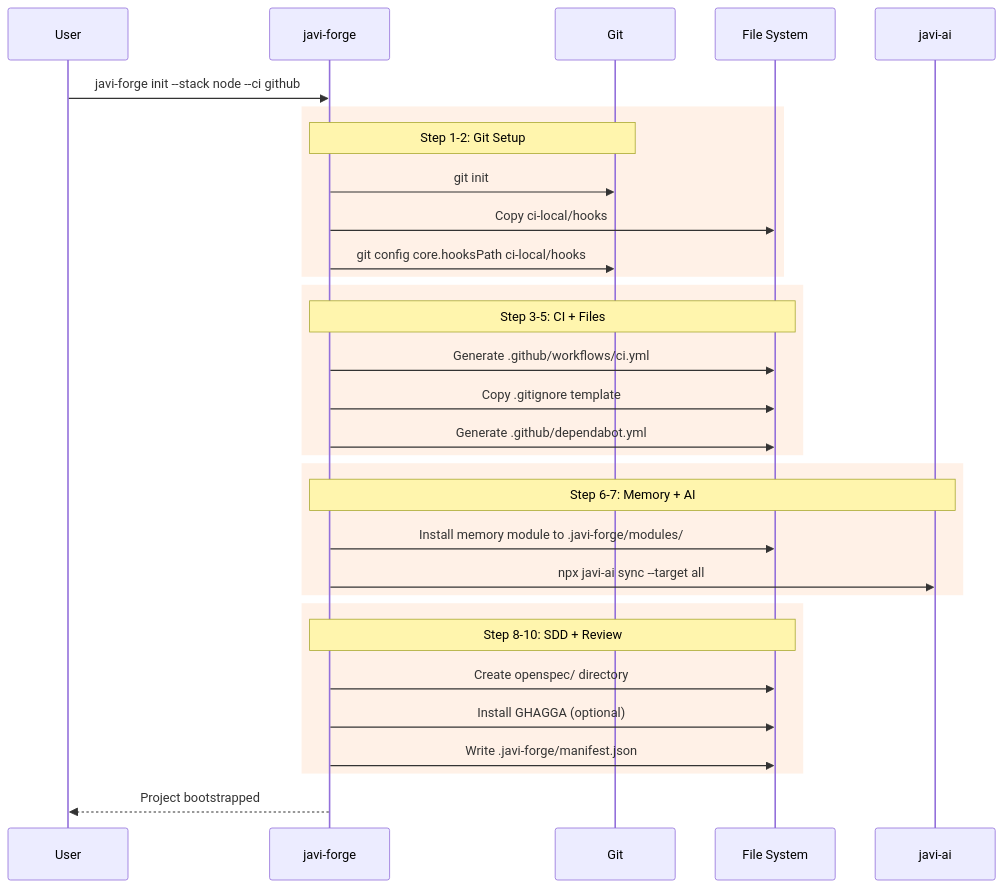
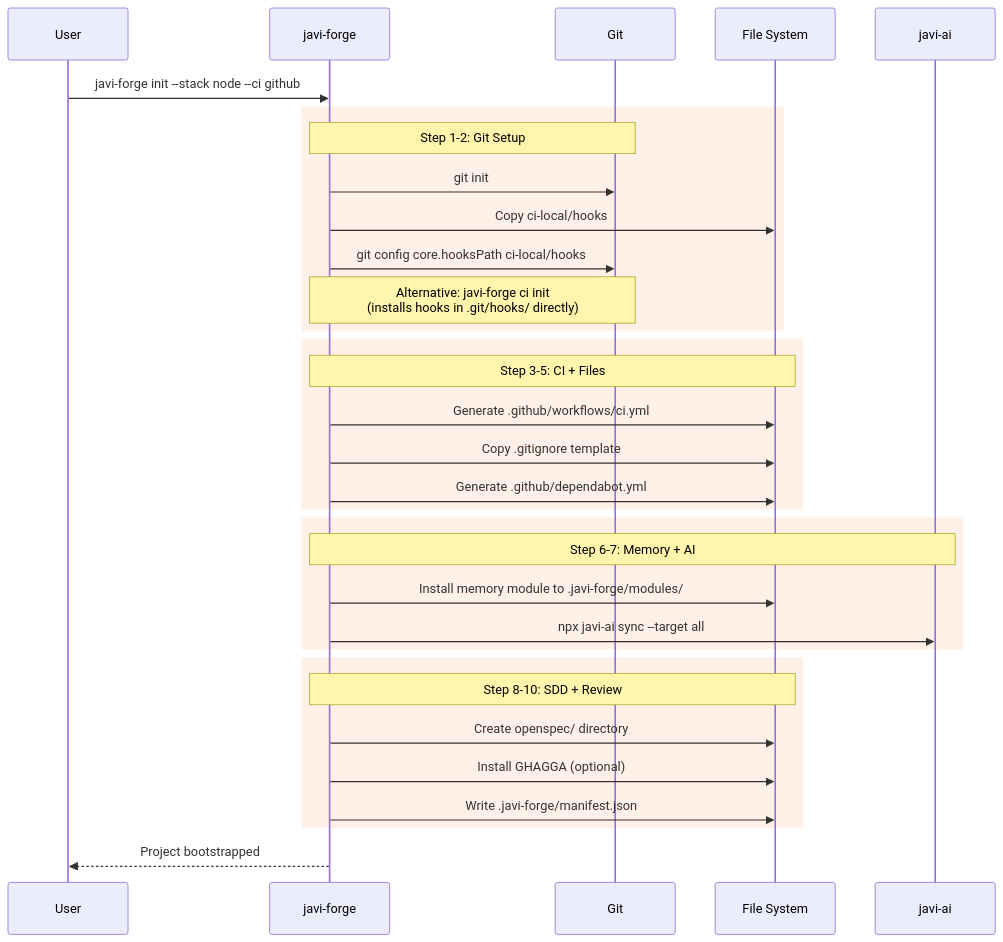
Before and after one commit to JNZader/javi-forge: the second of 5 diagrams in docs/architecture.md, drawn with Mermaid. The commit also changed other lines of this file and 2 other files, not shown here.

Commit message:
docs: update documentation for ci init and flag changes

````diff
--- a/docs/architecture.md
+++ b/docs/architecture.md
@@ -29,39 +29,40 @@
 ```mermaid
 sequenceDiagram
     participant User
     participant Forge as javi-forge
     participant Git
     participant FS as File System
     participant AI as javi-ai
 
     User->>Forge: javi-forge init --stack node --ci github
 
     rect rgb(249, 115, 22, 0.1)
         Note over Forge,Git: Step 1-2: Git Setup
         Forge->>Git: git init
         Forge->>FS: Copy ci-local/hooks
         Forge->>Git: git config core.hooksPath ci-local/hooks
+        Note over Forge,Git: Alternative: javi-forge ci init<br/>(installs hooks in .git/hooks/ directly)
     end
 
     rect rgb(249, 115, 22, 0.1)
         Note over Forge,FS: Step 3-5: CI + Files
         Forge->>FS: Generate .github/workflows/ci.yml
         Forge->>FS: Copy .gitignore template
         Forge->>FS: Generate .github/dependabot.yml
     end
 
     rect rgb(249, 115, 22, 0.1)
         Note over Forge,AI: Step 6-7: Memory + AI
         Forge->>FS: Install memory module to .javi-forge/modules/
         Forge->>AI: npx javi-ai sync --target all
     end
 
     rect rgb(249, 115, 22, 0.1)
         Note over Forge,FS: Step 8-10: SDD + Review
         Forge->>FS: Create openspec/ directory
         Forge->>FS: Install GHAGGA (optional)
         Forge->>FS: Write .javi-forge/manifest.json
     end
 
     Forge-->>User: Project bootstrapped
 ```
````
